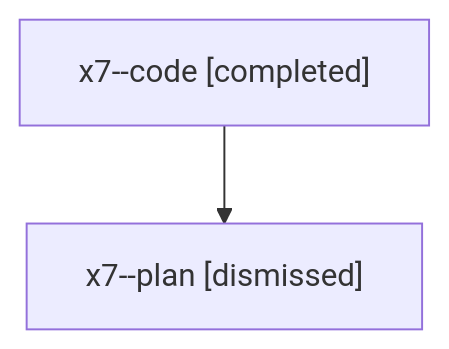
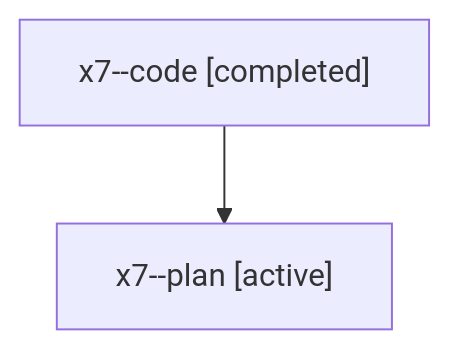
One commit to sase-org/sase--agents changed the diagram in families/bbugyi200.athena.x7.md. Above: the diagram before and after it, drawn with Mermaid. The commit also changed other lines of this file and 35830 other files, not shown here.

````diff
--- a/families/bbugyi200.athena.x7.md
+++ b/families/bbugyi200.athena.x7.md
@@ -9,6 +9,6 @@
 ```mermaid
 flowchart TD
   n0["x7--code [completed]"]
-  n1["x7--plan [dismissed]"]
+  n1["x7--plan [active]"]
   n0 --> n1
 ```
````
